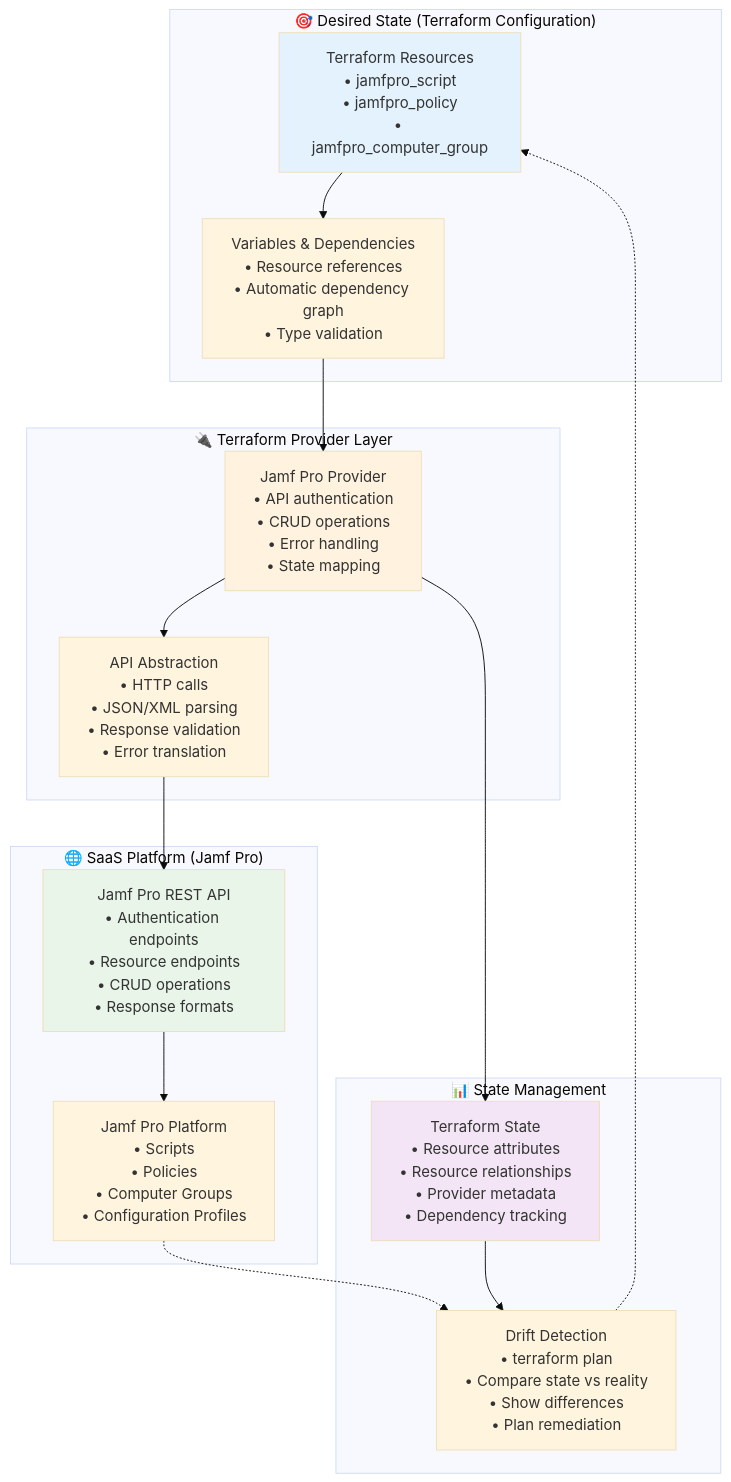
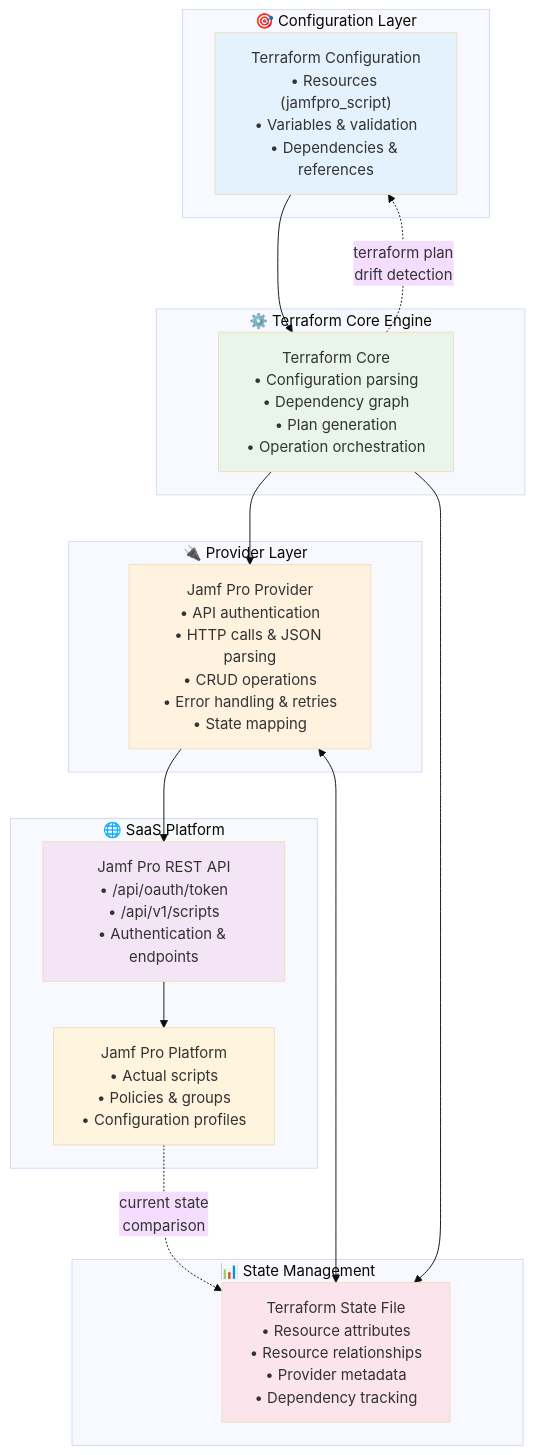
One commit to simondbrooke/terraform-training-jamfpro changed the fifth of 5 diagrams in training_materials/terraform/module_02_configuration_as_code_concepts.md. Above: the diagram before and after it, drawn with Mermaid (base theme). The commit also changed other lines of this file, not shown here.

````diff
--- a/training_materials/terraform/module_02_configuration_as_code_concepts.md
+++ b/training_materials/terraform/module_02_configuration_as_code_concepts.md
@@ -1387,38 +1387,40 @@
 ```mermaid
 graph TB
-    subgraph "🎯 Desired State (Terraform Configuration)"
-        CONFIG["Terraform Resources<br/>• jamfpro_script<br/>• jamfpro_policy<br/>• jamfpro_computer_group"]
-        VARIABLES["Variables & Dependencies<br/>• Resource references<br/>• Automatic dependency graph<br/>• Type validation"]
+    subgraph "🎯 Configuration Layer"
+        CONFIG["Terraform Configuration<br/>• Resources (jamfpro_script)<br/>• Variables & validation<br/>• Dependencies & references"]
     end
     
-    subgraph "🔌 Terraform Provider Layer"
-        PROVIDER["Jamf Pro Provider<br/>• API authentication<br/>• CRUD operations<br/>• Error handling<br/>• State mapping"]
-        ABSTRACTION["API Abstraction<br/>• HTTP calls<br/>• JSON/XML parsing<br/>• Response validation<br/>• Error translation"]
+    subgraph "⚙️ Terraform Core Engine"
+        CORE["Terraform Core<br/>• Configuration parsing<br/>• Dependency graph<br/>• Plan generation<br/>• Operation orchestration"]
     end
     
-    subgraph "🌐 SaaS Platform (Jamf Pro)"
-        API["Jamf Pro REST API<br/>• Authentication endpoints<br/>• Resource endpoints<br/>• CRUD operations<br/>• Response formats"]
-        PLATFORM["Jamf Pro Platform<br/>• Scripts<br/>• Policies<br/>• Computer Groups<br/>• Configuration Profiles"]
+    subgraph "🔌 Provider Layer"
+        PROVIDER["Jamf Pro Provider<br/>• API authentication<br/>• HTTP calls & JSON parsing<br/>• CRUD operations<br/>• Error handling & retries<br/>• State mapping"]
+    end
+    
+    subgraph "🌐 SaaS Platform"
+        API["Jamf Pro REST API<br/>• /api/oauth/token<br/>• /api/v1/scripts<br/>• Authentication & endpoints"]
+        PLATFORM["Jamf Pro Platform<br/>• Actual scripts<br/>• Policies & groups<br/>• Configuration profiles"]
     end
     
     subgraph "📊 State Management"
-        STATE["Terraform State<br/>• Resource attributes<br/>• Resource relationships<br/>• Provider metadata<br/>• Dependency tracking"]
-        DRIFT["Drift Detection<br/>• terraform plan<br/>• Compare state vs reality<br/>• Show differences<br/>• Plan remediation"]
+        STATE["Terraform State File<br/>• Resource attributes<br/>• Resource relationships<br/>• Provider metadata<br/>• Dependency tracking"]
     end
     
-    CONFIG --> VARIABLES
-    VARIABLES --> PROVIDER
-    PROVIDER --> ABSTRACTION
-    ABSTRACTION --> API
+    CONFIG --> CORE
+    CORE --> PROVIDER
+    PROVIDER --> API
     API --> PLATFORM
     
-    PROVIDER --> STATE
-    STATE --> DRIFT
-    DRIFT -.-> CONFIG
-    PLATFORM -.-> DRIFT
+    PROVIDER <--> STATE
+    CORE --> STATE
+    
+    CORE -.->|"terraform plan<br/>drift detection"| CONFIG
+    PLATFORM -.->|"current state<br/>comparison"| STATE
     
     style CONFIG fill:#e3f2fd
+    style CORE fill:#e8f5e8
     style PROVIDER fill:#fff3e0
-    style API fill:#e8f5e8
-    style STATE fill:#f3e5f5
+    style API fill:#f3e5f5
+    style STATE fill:#fce4ec
 ```
````
